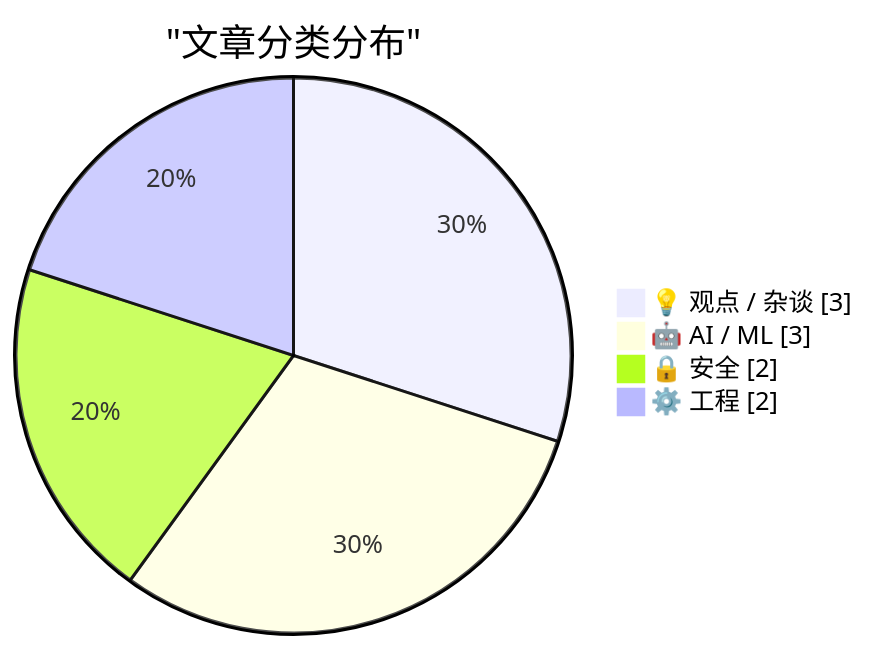
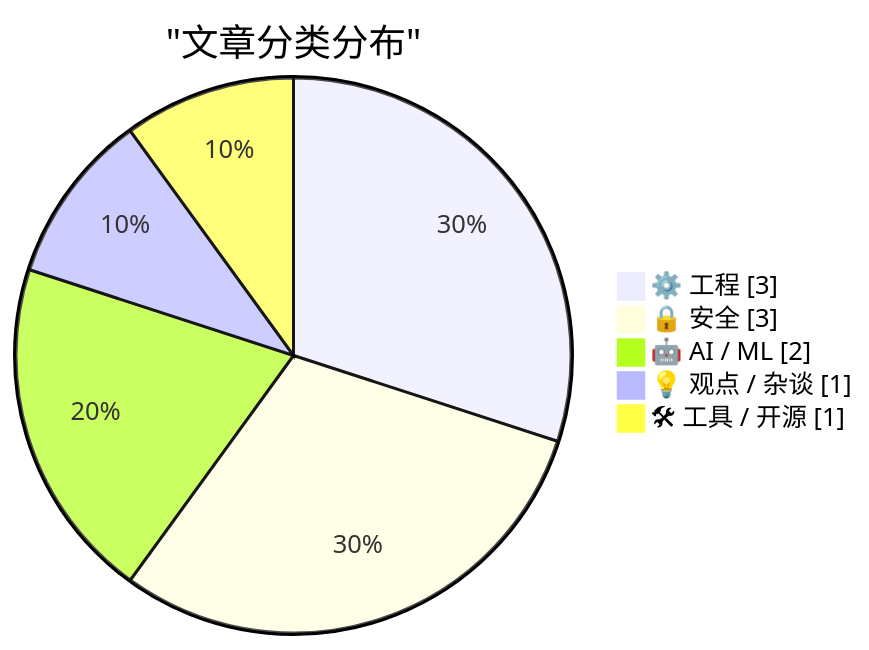
Before and after one commit to originem0/SZBlog: the first of 2 diagrams in content/ai-daily/2026-05-21.md, drawn with Mermaid. The commit also changed other lines of this file, not shown here.

````diff
--- a/content/ai-daily/2026-05-21.md
+++ b/content/ai-daily/2026-05-21.md
@@ -48,8 +56,9 @@
 ```mermaid
 pie showData
     title "文章分类分布"
-    "💡 观点 / 杂谈" : 3
-    "🤖 AI / ML" : 3
-    "🔒 安全" : 2
-    "⚙️ 工程" : 2
+    "⚙️ 工程" : 3
+    "🔒 安全" : 3
+    "🤖 AI / ML" : 2
+    "💡 观点 / 杂谈" : 1
+    "🛠 工具 / 开源" : 1
 ```
````
